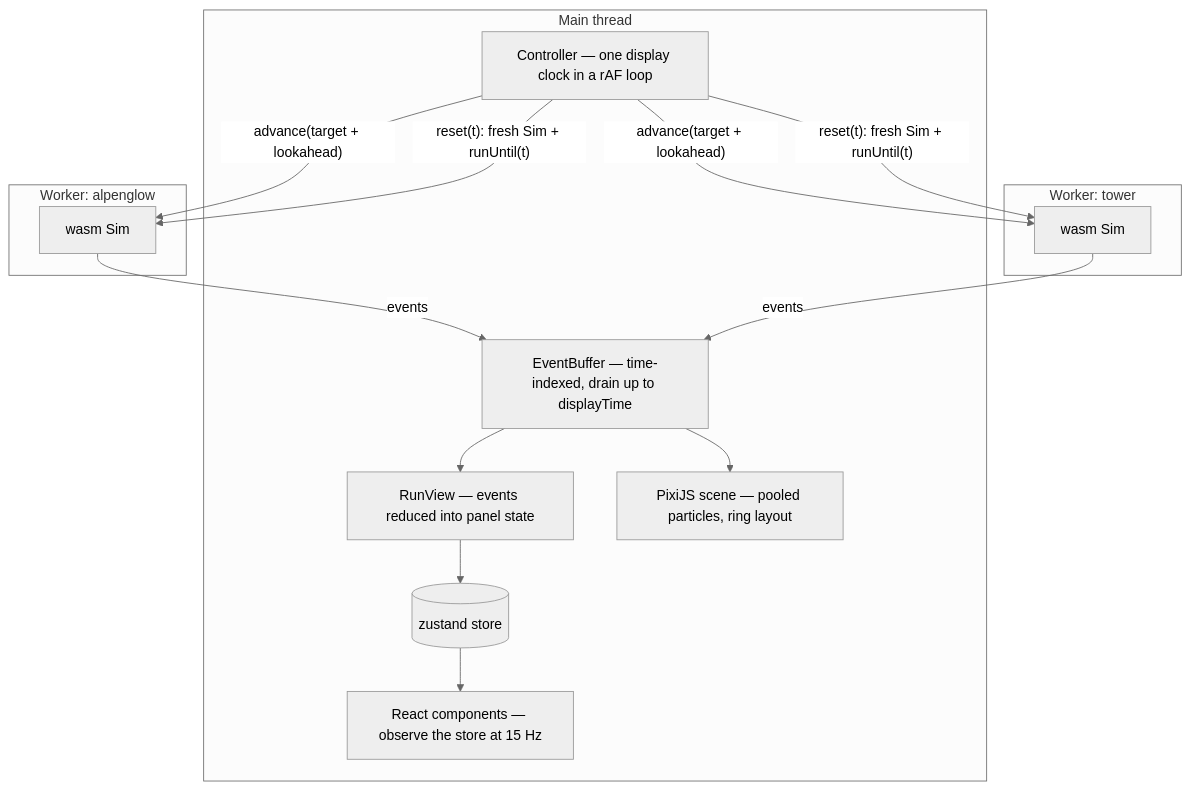
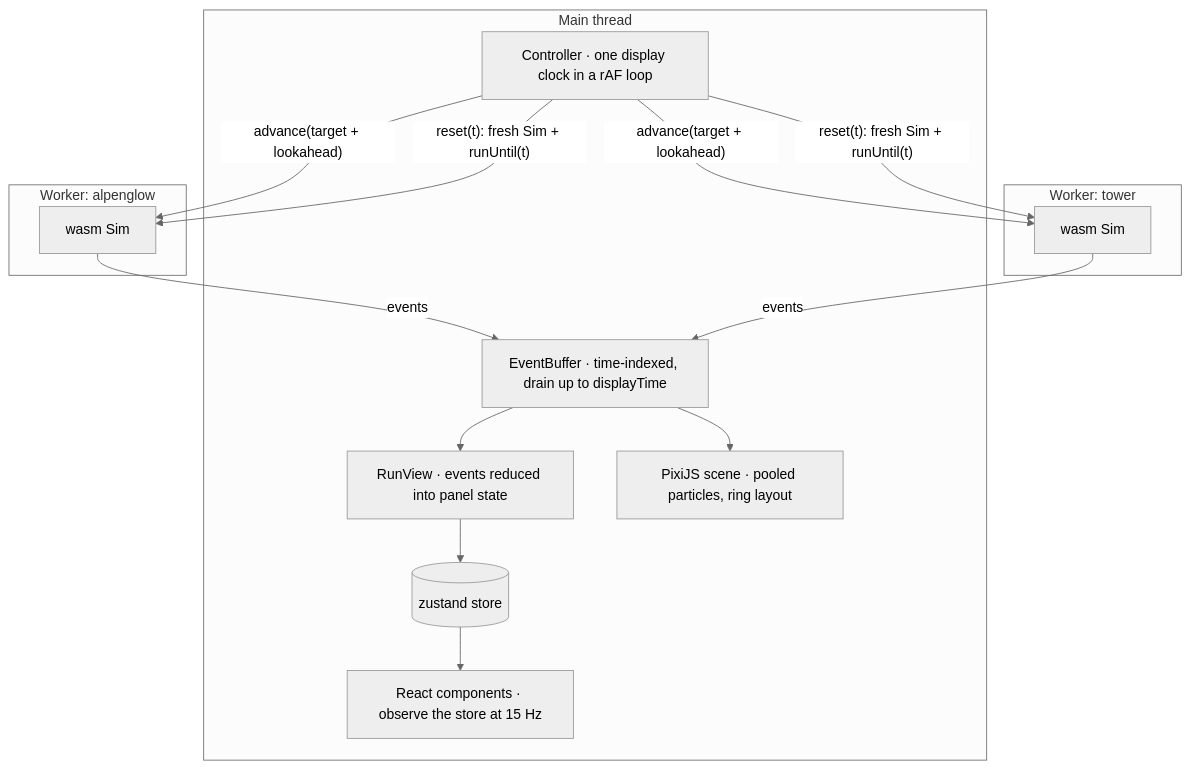
The sixth of 6 diagrams in docs/architecture.md (AkashJana18/solana-consensus-lab), drawn with Mermaid (neutral theme) before and after one commit. The commit also changed other lines of this file and 5 other files, not shown here.

````diff
--- a/docs/architecture.md
+++ b/docs/architecture.md
@@ -241,26 +241,26 @@
 ```mermaid
 flowchart TB
     subgraph MT["Main thread"]
-        CTRL["Controller — one display clock in a rAF loop"]
-        BUF["EventBuffer — time-indexed, drain up to displayTime"]
-        VIEW["RunView — events reduced into panel state"]
-        SCENE["PixiJS scene — pooled particles, ring layout"]
+        CTRL["Controller · one display clock in a rAF loop"]
+        BUF["EventBuffer · time-indexed, drain up to displayTime"]
+        VIEW["RunView · events reduced into panel state"]
+        SCENE["PixiJS scene · pooled particles, ring layout"]
         ST[("zustand store")]
-        REACT["React components — observe the store at 15 Hz"]
+        REACT["React components · observe the store at 15 Hz"]
     end
     subgraph WA["Worker: alpenglow"]
         SA["wasm Sim"]
     end
     subgraph WB["Worker: tower"]
         SB["wasm Sim"]
     end
     CTRL -->|"advance(target + lookahead)"| SA
     CTRL -->|"advance(target + lookahead)"| SB
     SA -->|"events"| BUF
     SB -->|"events"| BUF
     BUF --> VIEW
     BUF --> SCENE
     VIEW --> ST --> REACT
     CTRL -->|"reset(t): fresh Sim + runUntil(t)"| SA
     CTRL -->|"reset(t): fresh Sim + runUntil(t)"| SB
 ```
````
